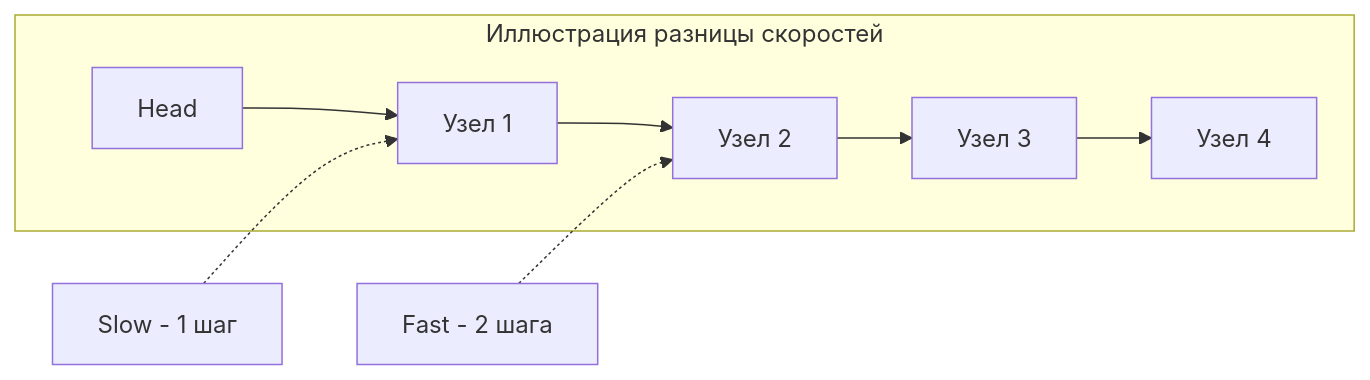
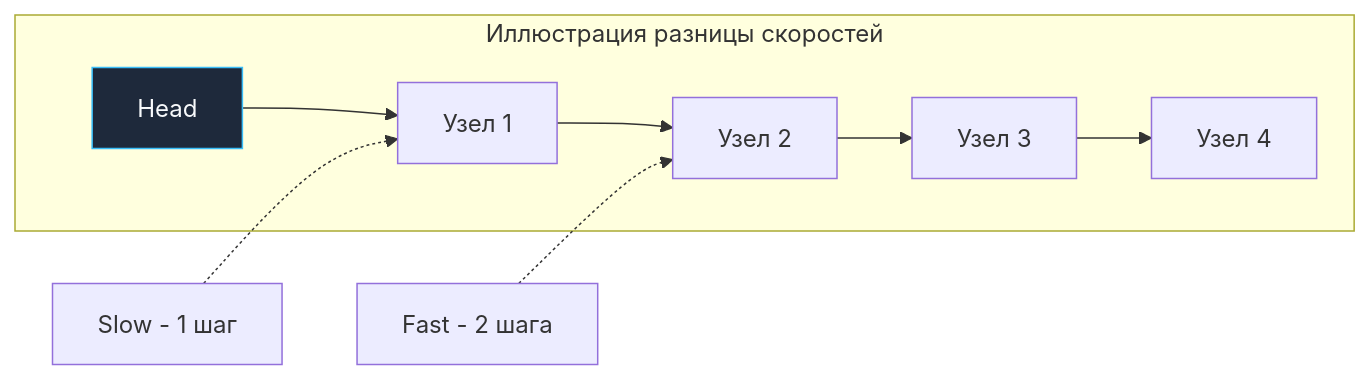
One commit to UnrealTemplier/go-textbook changed the diagram in sources/21. Задачи с LeetCode и собеседований на Go/02. Задачи/08. Связные списки/2. Быстрый и медленный указатели.md. Above: the diagram before and after it, drawn with Mermaid. The commit also changed 1666 other files, not shown here.

First line of the commit message:
feat(mermaid): add semantic color classDef to 1369 colorless flowchart/graph diagrams

````diff
--- a/sources/21. Задачи с LeetCode и собеседований на Go/02. Задачи/08. Связные списки/2. Быстрый и медленный указатели.md
+++ b/sources/21. Задачи с LeetCode и собеседований на Go/02. Задачи/08. Связные списки/2. Быстрый и медленный указатели.md
@@ -18,9 +18,19 @@
 ```mermaid
 flowchart LR
+    classDef process  fill:#1e293b,stroke:#38bdf8,stroke-width:1px,color:#f8fafc
+    classDef success  fill:#064e3b,stroke:#34d399,stroke-width:1px,color:#f8fafc
+    classDef error    fill:#7f1d1d,stroke:#f87171,stroke-width:1px,color:#f8fafc
+    classDef warning  fill:#78350f,stroke:#fbbf24,stroke-width:1px,color:#f8fafc
+    classDef entry    fill:#1e3a5f,stroke:#38bdf8,stroke-width:2px,color:#f8fafc
+    classDef aux      fill:#334155,stroke:#64748b,stroke-width:1px,color:#f8fafc
+    classDef system   fill:#312e81,stroke:#a78bfa,stroke-width:1px,color:#f8fafc
+    classDef data     fill:#132d29,stroke:#2dd4bf,stroke-width:1px,color:#f8fafc
+    classDef network  fill:#881337,stroke:#fb7185,stroke-width:1px,color:#f8fafc
+    classDef accent   fill:#1e1b4b,stroke:#818cf8,stroke-width:1px,color:#f8fafc
     subgraph Иллюстрация разницы скоростей
-        H["Head"] --> N1["Узел 1"] --> N2["Узел 2"] --> N3["Узел 3"] --> N4["Узел 4"]
+        H["Head"]:::process --> N1["Узел 1"] --> N2["Узел 2"] --> N3["Узел 3"] --> N4["Узел 4"]
     end
     
     Slow["Slow - 1 шаг"] -.-> N1
     Fast["Fast - 2 шага"] -.-> N2
 ```
````
